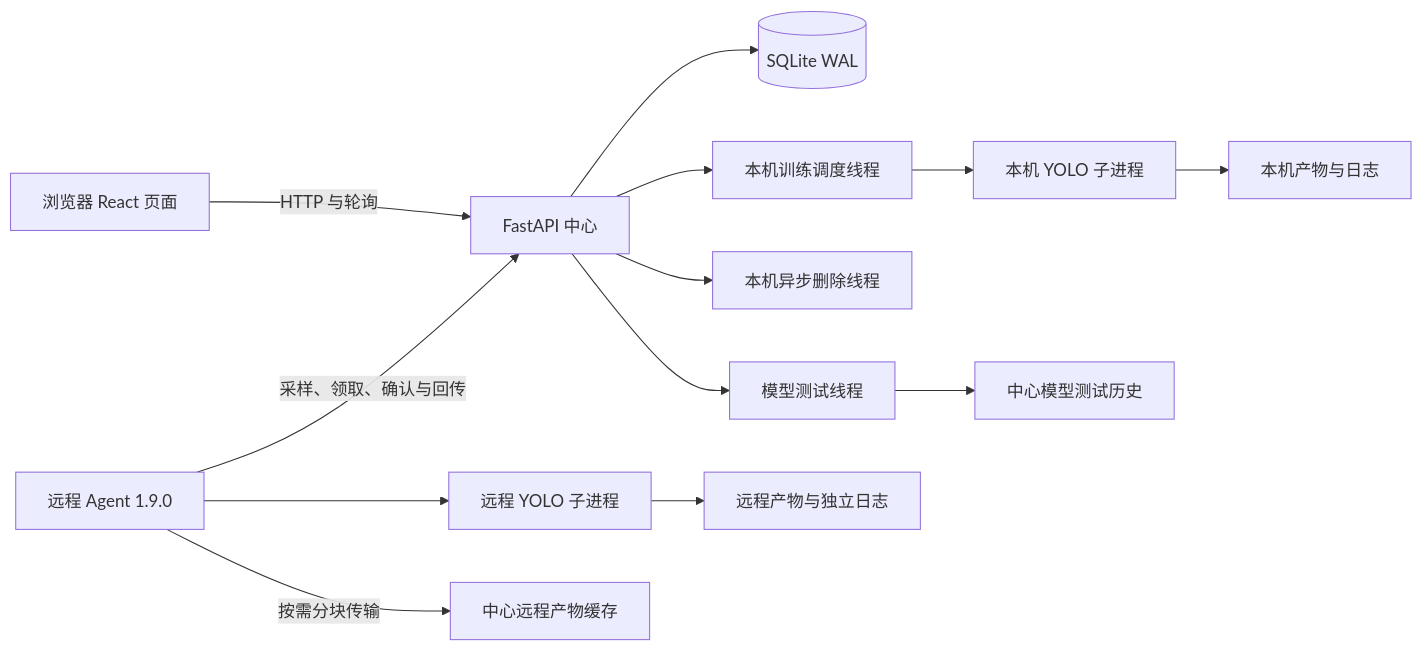
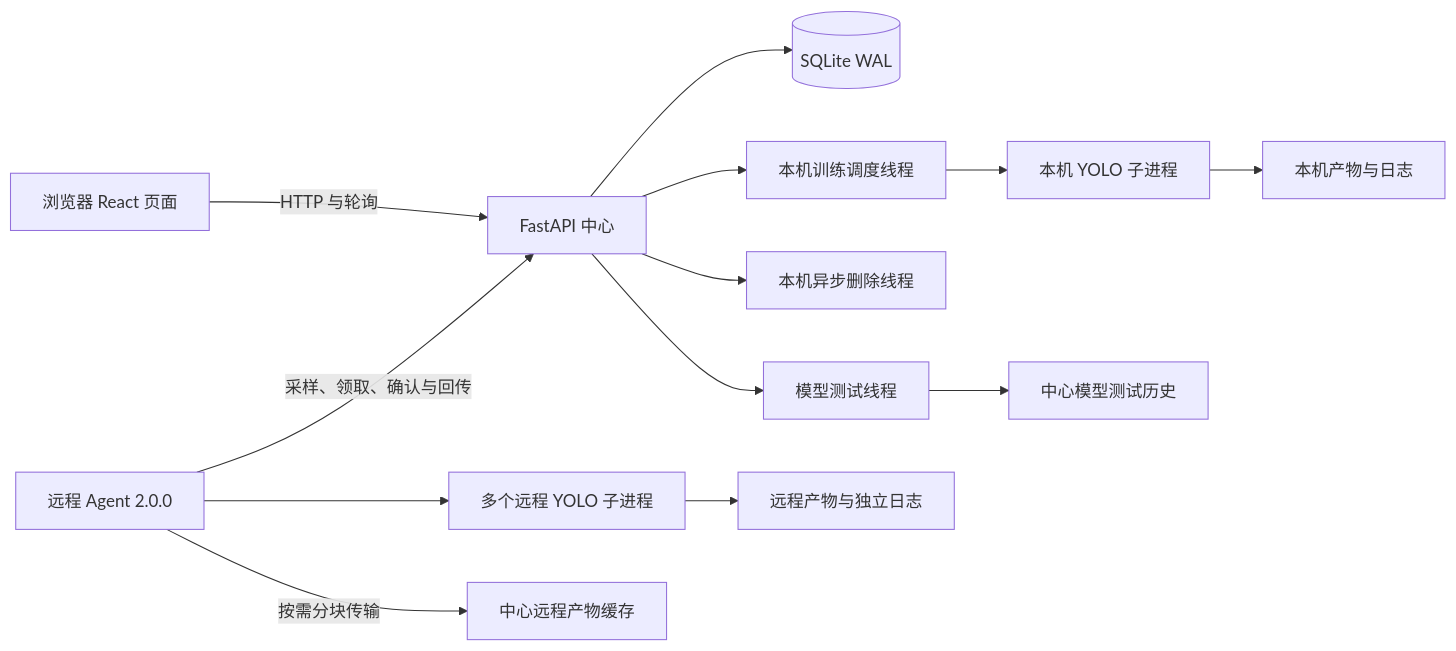
Before and after one commit to scsg666g/yolo-xlpt: the diagram in docs/project-analysis.md, drawn with Mermaid. The commit also changed other lines of this file and 23 other files, not shown here.

````diff
--- a/docs/project-analysis.md
+++ b/docs/project-analysis.md
@@ -24,15 +24,15 @@
 ```mermaid
 flowchart LR
     UI[浏览器 React 页面] -->|HTTP 与轮询| API[FastAPI 中心]
     API --> DB[(SQLite WAL)]
     API --> S[本机训练调度线程]
     S --> CLI[本机 YOLO 子进程]
     CLI --> FS[本机产物与日志]
     API --> D[本机异步删除线程]
     API --> I[模型测试线程]
     I --> MH[中心模型测试历史]
-    AG[远程 Agent 1.9.0] -->|采样、领取、确认与回传| API
-    AG --> RC[远程 YOLO 子进程]
+    AG[远程 Agent 2.0.0] -->|采样、领取、确认与回传| API
+    AG --> RC[多个远程 YOLO 子进程]
     RC --> RF[远程产物与独立日志]
     AG -->|按需分块传输| CACHE[中心远程产物缓存]
 ```
````
